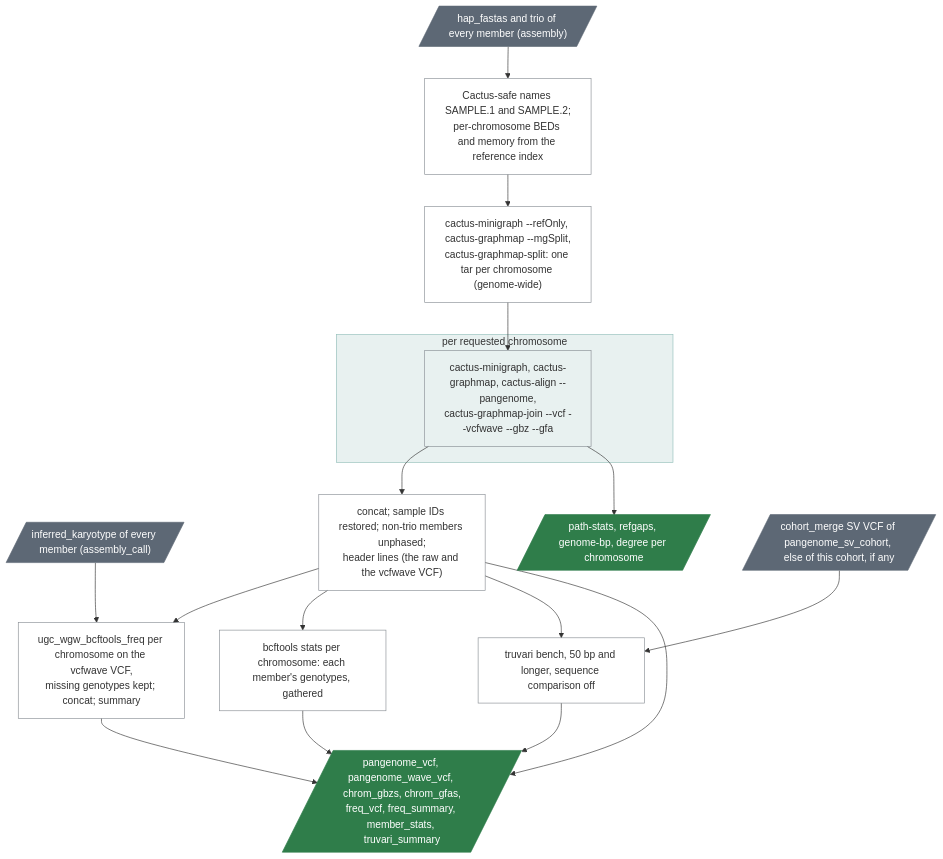
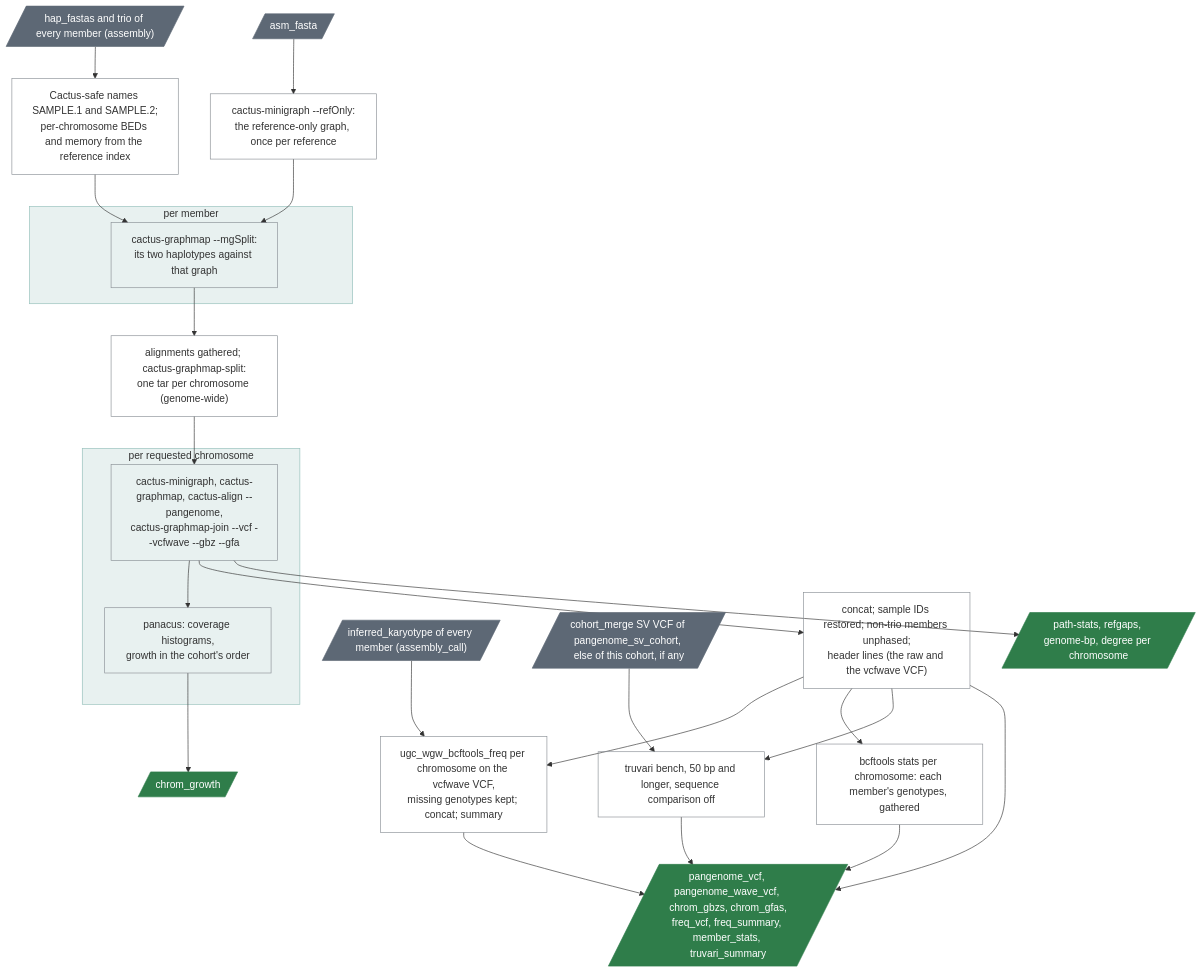
Before and after one commit to UppsalaGenomeCenter/ugc-wgw: the diagram in docs/guide/stages/cohort_pangenome.md, drawn with Mermaid. The commit also changed other lines of this file and 24 other files, not shown here.

````diff
--- a/docs/guide/stages/cohort_pangenome.md
+++ b/docs/guide/stages/cohort_pangenome.md
@@ -22,25 +23,33 @@
 ```mermaid
 flowchart TD
   asm[/"hap_fastas and trio of every member (assembly)"/]:::data --> names["Cactus-safe names SAMPLE.1 and SAMPLE.2;<br/>per-chromosome BEDs and memory from the reference index"]
   kar[/"inferred_karyotype of every member (assembly_call)"/]:::data --> freq
-  names --> split["cactus-minigraph --refOnly, cactus-graphmap --mgSplit,<br/>cactus-graphmap-split: one tar per chromosome (genome-wide)"]
+  ref[/"asm_fasta"/]:::data --> rg["cactus-minigraph --refOnly:<br/>the reference-only graph, once per reference"]
+  names --> map
+  rg --> map
+  subgraph mem["per member"]
+    map["cactus-graphmap --mgSplit:<br/>its two haplotypes against that graph"]
+  end
+  map --> split["alignments gathered; cactus-graphmap-split:<br/>one tar per chromosome (genome-wide)"]
   split --> chrom
   subgraph per["per requested chromosome"]
     chrom["cactus-minigraph, cactus-graphmap, cactus-align --pangenome,<br/>cactus-graphmap-join --vcf --vcfwave --gbz --gfa"]
+    chrom --> grow["panacus: coverage histograms,<br/>growth in the cohort's order"]
   end
+  grow --> gr[/"chrom_growth"/]:::result
   chrom --> post["concat; sample IDs restored; non-trio members unphased;<br/>header lines (the raw and the vcfwave VCF)"]
   post --> freq["ugc_wgw_bcftools_freq per chromosome on the vcfwave VCF,<br/>missing genotypes kept; concat; summary"]
   post --> ms["bcftools stats per chromosome: each member's genotypes, gathered"]
   chrom --> gs[/"path-stats, refgaps, genome-bp, degree per chromosome"/]:::result
   sv[/"cohort_merge SV VCF of pangenome_sv_cohort, else of this cohort, if any"/]:::data --> tv["truvari bench, 50 bp and longer, sequence comparison off"]
   post --> tv
   post --> out[/"pangenome_vcf, pangenome_wave_vcf, chrom_gbzs, chrom_gfas,<br/>freq_vcf, freq_summary, member_stats, truvari_summary"/]:::result
   freq --> out
   ms --> out
   tv --> out
   classDef default fill:none,stroke:#8a8f95
   classDef data fill:#5d6875,stroke:#5d6875,color:#ffffff
   classDef result fill:#2f7d4a,stroke:#2f7d4a,color:#ffffff
   classDef box fill:#1f7a70,fill-opacity:0.10,stroke:#1f7a70,stroke-opacity:0.45
-  class per box
+  class mem,per box
 ```
````
